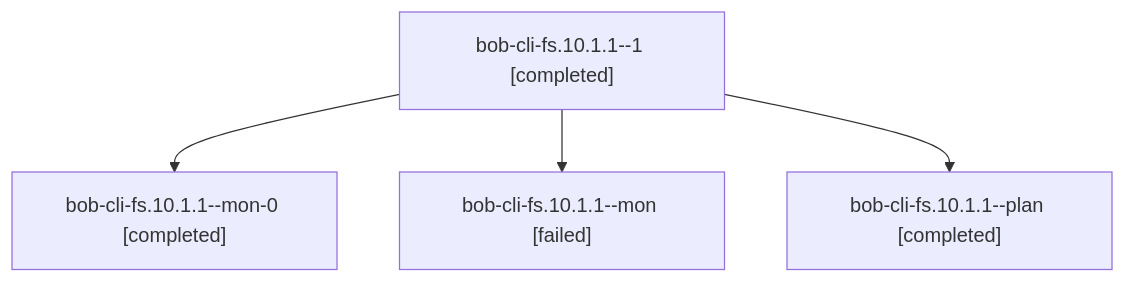
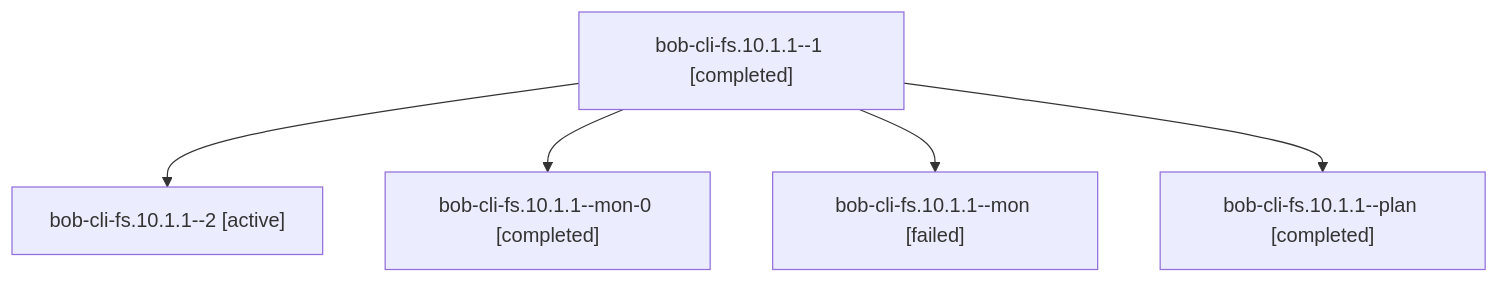
The diagram in sessions/bbugyi200.athena.bob-cli-fs.10.1.1.md (bobs-org/bob-cli--agents), drawn with Mermaid before and after one commit. The commit also changed other lines of this file and 106 other files, not shown here.

````diff
--- a/sessions/bbugyi200.athena.bob-cli-fs.10.1.1.md
+++ b/sessions/bbugyi200.athena.bob-cli-fs.10.1.1.md
@@ -9,10 +9,12 @@
 ```mermaid
 flowchart TD
   n0["bob-cli-fs.10.1.1--1 [completed]"]
-  n1["bob-cli-fs.10.1.1--mon-0 [completed]"]
+  n1["bob-cli-fs.10.1.1--2 [active]"]
   n0 --> n1
-  n2["bob-cli-fs.10.1.1--mon [failed]"]
+  n2["bob-cli-fs.10.1.1--mon-0 [completed]"]
   n0 --> n2
-  n3["bob-cli-fs.10.1.1--plan [completed]"]
+  n3["bob-cli-fs.10.1.1--mon [failed]"]
   n0 --> n3
+  n4["bob-cli-fs.10.1.1--plan [completed]"]
+  n0 --> n4
 ```
````
